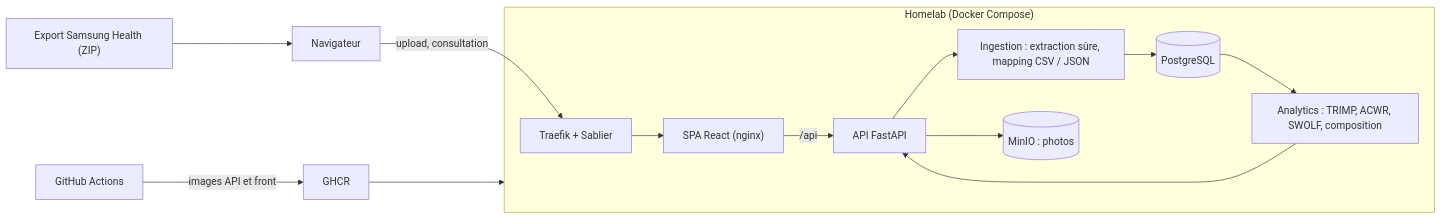
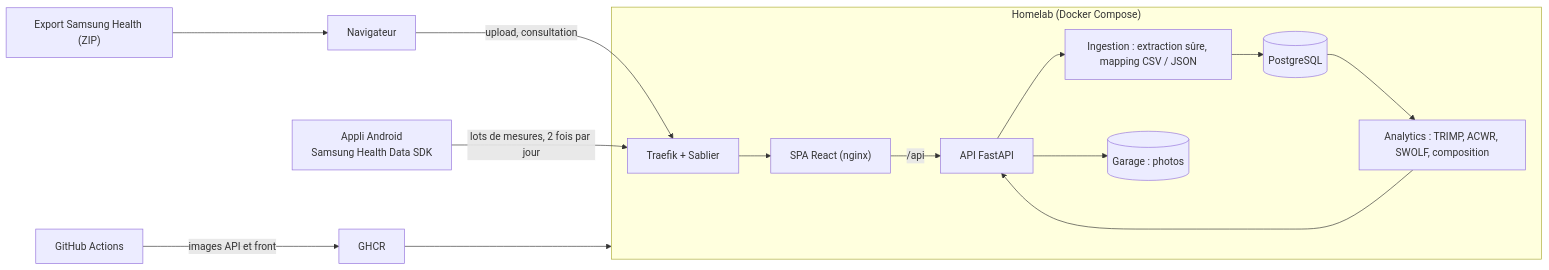
The diagram in docs/projects/personnel/body_analysis.md (sedelpeuch/sedelpeuch.github.io), drawn with Mermaid before and after one commit. The commit also changed other lines of this file and 6 other files, not shown here.

Commit message:
Ajoute les articles Garage multi-nœuds et Grafana provisioning, met à jour les pages SONU, HomeLab, Body Analysis et Zsh Ansible

````diff
--- a/docs/projects/personnel/body_analysis.md
+++ b/docs/projects/personnel/body_analysis.md
@@ -95,16 +98,17 @@
 ```mermaid
 flowchart LR
   export["Export Samsung Health (ZIP)"] --> user["Navigateur"]
   user -->|"upload, consultation"| traefik["Traefik + Sablier"]
+  phone["Appli Android<br/>Samsung Health Data SDK"] -->|"lots de mesures, 2 fois par jour"| traefik
   subgraph homelab["Homelab (Docker Compose)"]
     traefik --> web["SPA React (nginx)"]
     web -->|"/api"| api["API FastAPI"]
     api --> ingest["Ingestion : extraction sûre, mapping CSV / JSON"]
     ingest --> pg[("PostgreSQL")]
     pg --> analytics["Analytics : TRIMP, ACWR, SWOLF, composition"]
     analytics --> api
-    api --> minio[("MinIO : photos")]
+    api --> s3[("Garage : photos")]
   end
   ci["GitHub Actions"] -->|"images API et front"| ghcr["GHCR"]
   ghcr --> homelab
 ```
````
